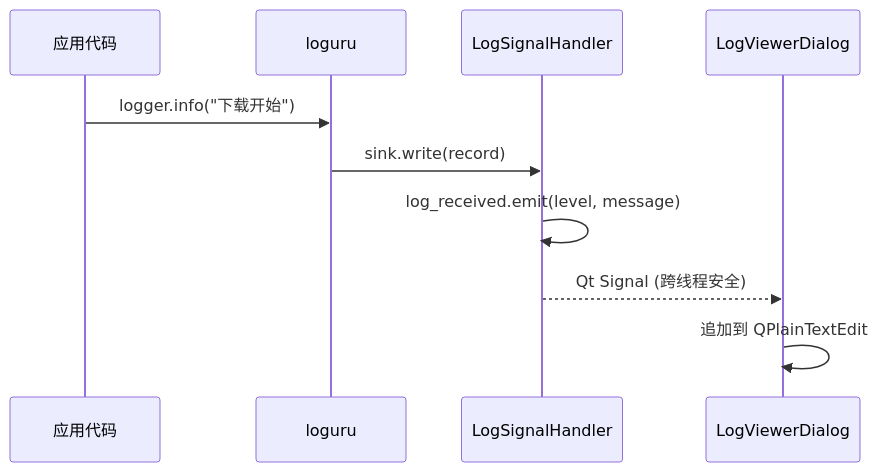
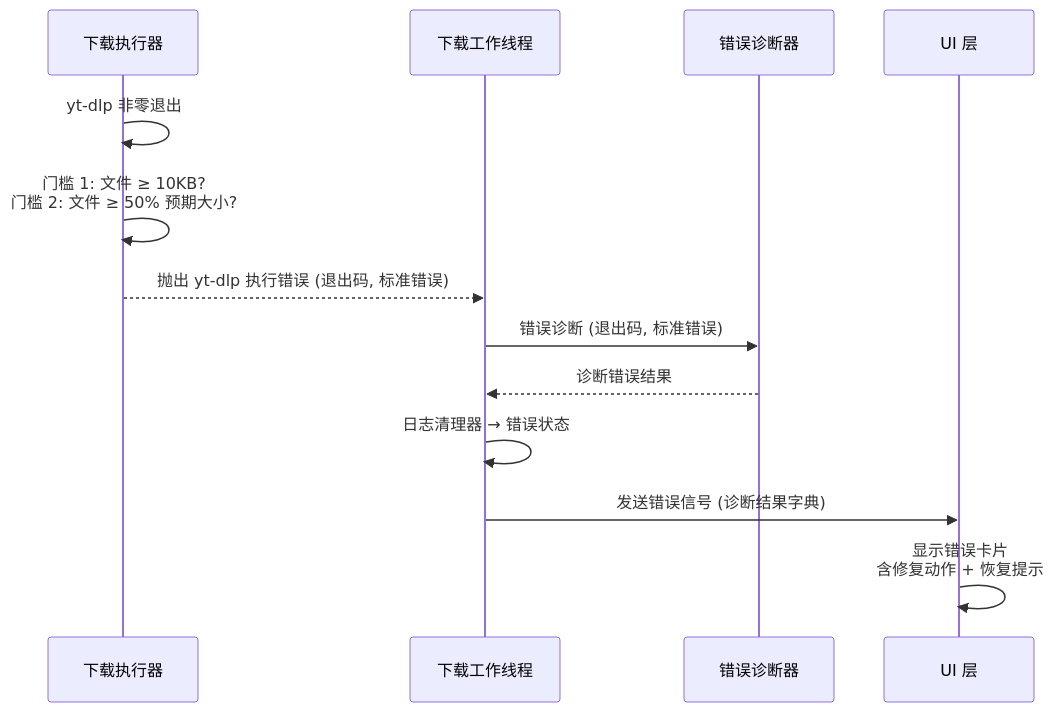
Diagram 12 of 19 in docs/ARCHITECTURE.md (prideicker/FluentYTDL), drawn with Mermaid before and after one commit. The commit also changed other lines of this file and 97 other files, not shown here.

````diff
--- a/docs/ARCHITECTURE.md
+++ b/docs/ARCHITECTURE.md
@@ -1083,13 +719,16 @@
 ```mermaid
 sequenceDiagram
-    participant App as 应用代码
-    participant LG as loguru
-    participant LSH as LogSignalHandler
-    participant UI as LogViewerDialog
-    
-    App->>LG: logger.info("下载开始")
-    LG->>LSH: sink.write(record)
-    LSH->>LSH: log_received.emit(level, message)
-    LSH-->>UI: Qt Signal (跨线程安全)
-    UI->>UI: 追加到 QPlainTextEdit
+    participant Executor as 下载执行器
+    participant Worker as 下载工作线程
+    participant Parser as 错误诊断器
+    participant UI as UI 层
+
+    Executor->>Executor: yt-dlp 非零退出
+    Executor->>Executor: 门槛 1: 文件 ≥ 10KB?<br/>门槛 2: 文件 ≥ 50% 预期大小?
+    Executor-->>Worker: 抛出 yt-dlp 执行错误 (退出码, 标准错误)
+    Worker->>Parser: 错误诊断 (退出码, 标准错误)
+    Parser-->>Worker: 诊断错误结果
+    Worker->>Worker: 日志清理器 → 错误状态
+    Worker->>UI: 发送错误信号 (诊断结果字典)
+    UI->>UI: 显示错误卡片<br/>含修复动作 + 恢复提示
 ```
````
